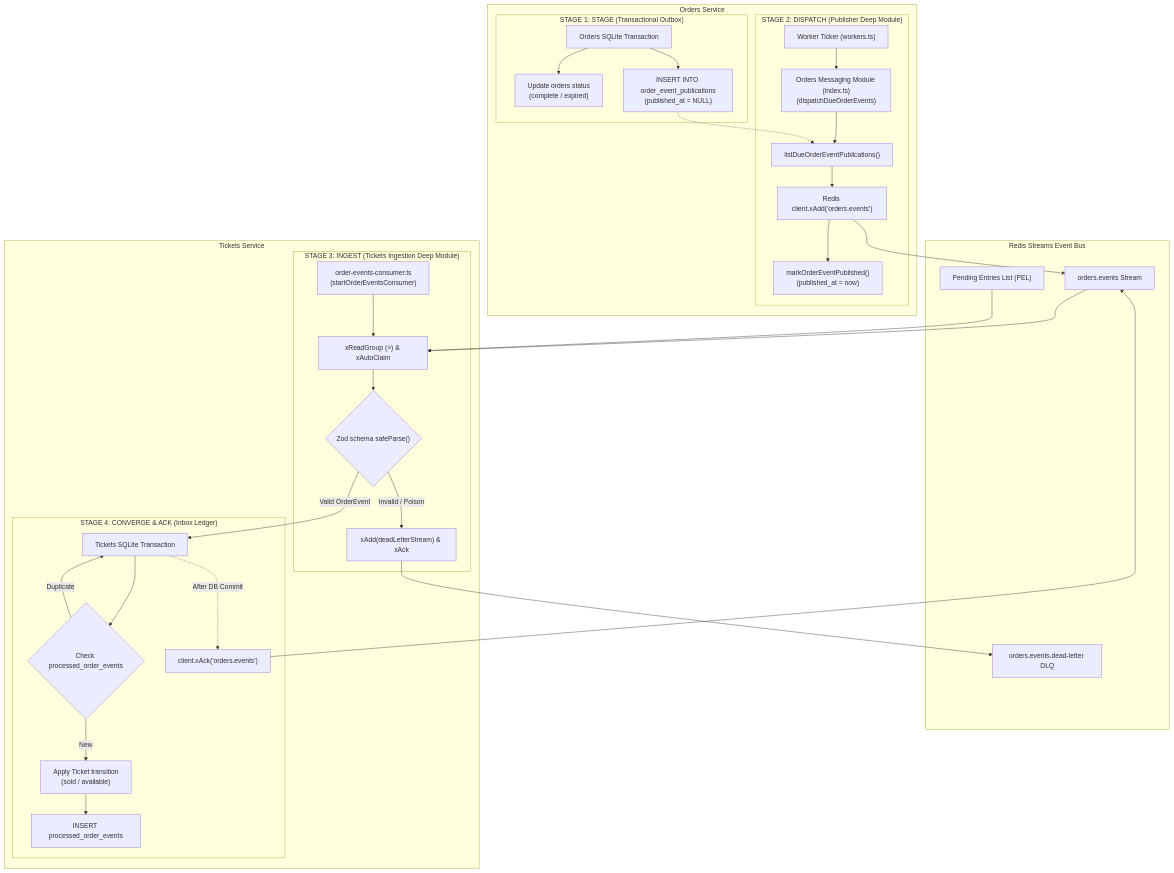
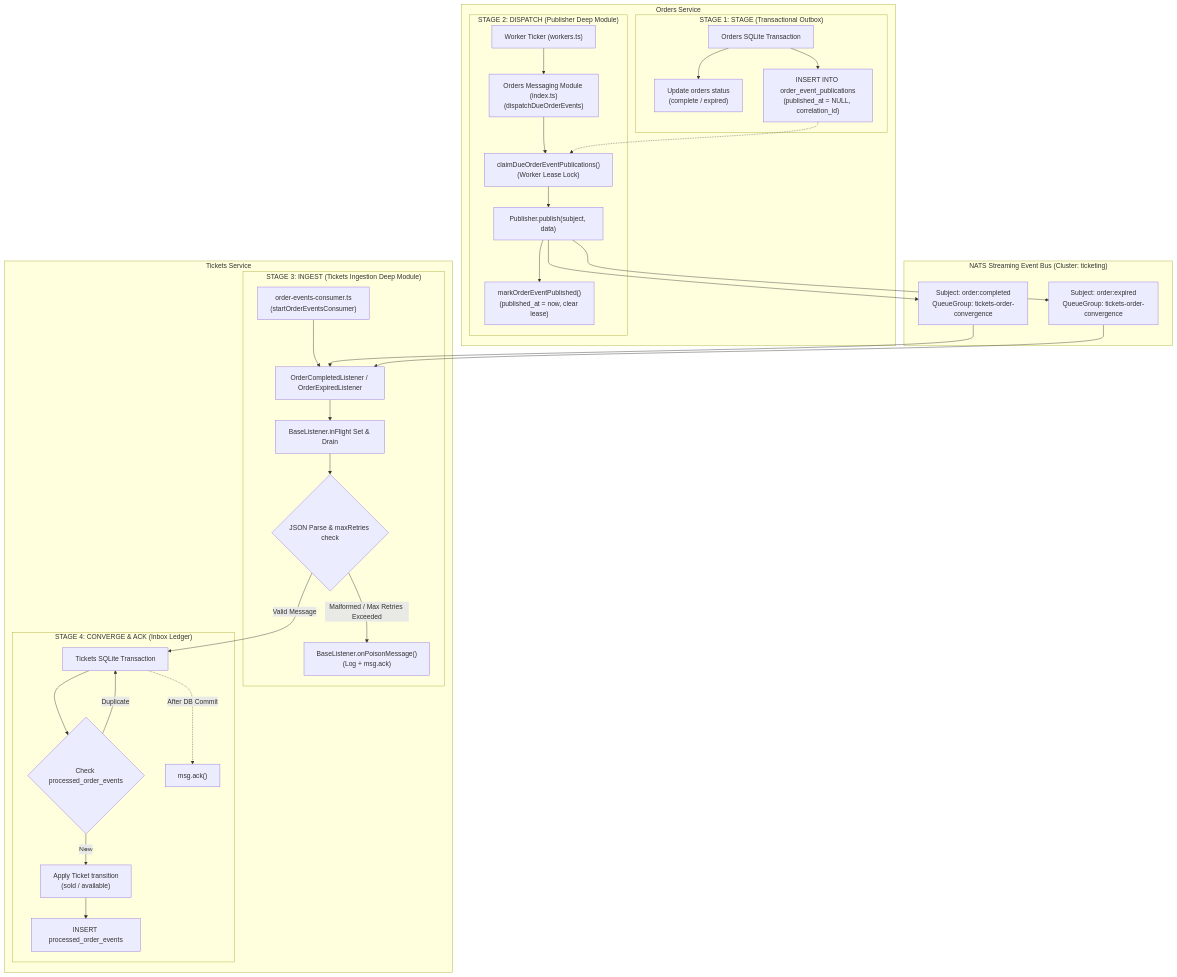
One commit to h19overflow/stubhub changed the diagram in docs/patterns/messaging-architecture.md. Above: the diagram before and after it, drawn with Mermaid. The commit also changed other lines of this file and 27 other files, not shown here.

Commit message:
feat(messaging): add outbox worker leasing, poison message handling, and concurrency drill

````diff
--- a/docs/patterns/messaging-architecture.md
+++ b/docs/patterns/messaging-architecture.md
@@ -29,64 +32,63 @@
 ```mermaid
 flowchart TD
     subgraph OrdersService["Orders Service"]
         subgraph Stage1["STAGE 1: STAGE (Transactional Outbox)"]
             TX["Orders SQLite Transaction"]
             StateChange["Update orders status<br/>(complete / expired)"]
-            InsertOutbox["INSERT INTO order_event_publications<br/>(published_at = NULL)"]
+            InsertOutbox["INSERT INTO order_event_publications<br/>(published_at = NULL, correlation_id)"]
             TX --> StateChange
             TX --> InsertOutbox
         end
 
         subgraph Stage2["STAGE 2: DISPATCH (Publisher Deep Module)"]
             WorkerLoop["Worker Ticker (workers.ts)"]
             MessagingModule["Orders Messaging Module (index.ts)<br/>(dispatchDueOrderEvents)"]
-            OutboxRepo["listDueOrderEventPublications()"]
-            XAdd["Redis client.xAdd('orders.events')"]
-            MarkPub["markOrderEventPublished()<br/>(published_at = now)"]
+            ClaimOutbox["claimDueOrderEventPublications()<br/>(Worker Lease Lock)"]
+            STANPub["Publisher.publish(subject, data)"]
+            MarkPub["markOrderEventPublished()<br/>(published_at = now, clear lease)"]
             WorkerLoop --> MessagingModule
-            MessagingModule --> OutboxRepo
-            OutboxRepo --> XAdd
-            XAdd --> MarkPub
+            MessagingModule --> ClaimOutbox
+            ClaimOutbox --> STANPub
+            STANPub --> MarkPub
         end
     end
 
-    subgraph RedisBroker["Redis Streams Event Bus"]
-        Stream["orders.events Stream"]
-        DLQ["orders.events.dead-letter DLQ"]
-        PEL["Pending Entries List (PEL)"]
+    subgraph NATSBroker["NATS Streaming Event Bus (Cluster: ticketing)"]
+        StreamCompleted["Subject: order:completed<br/>QueueGroup: tickets-order-convergence"]
+        StreamExpired["Subject: order:expired<br/>QueueGroup: tickets-order-convergence"]
     end
 
     subgraph TicketsService["Tickets Service"]
         subgraph Stage3["STAGE 3: INGEST (Tickets Ingestion Deep Module)"]
             ConsumerLoop["order-events-consumer.ts<br/>(startOrderEventsConsumer)"]
-            Read["xReadGroup (>) & xAutoClaim"]
-            Validate{"Zod schema safeParse()"}
-            Poison["xAdd(deadLetterStream) & xAck"]
-            ConsumerLoop --> Read
-            Read --> Validate
-            Validate -- "Invalid / Poison" --> Poison
+            ListenerSub["OrderCompletedListener / OrderExpiredListener"]
+            InFlightTrack["BaseListener.inFlight Set & Drain"]
+            Validate{"JSON Parse & maxRetries check"}
+            Poison["BaseListener.onPoisonMessage()<br/>(Log + msg.ack)"]
+            ConsumerLoop --> ListenerSub
+            ListenerSub --> InFlightTrack
+            InFlightTrack --> Validate
+            Validate -- "Malformed / Max Retries Exceeded" --> Poison
         end
 
         subgraph Stage4["STAGE 4: CONVERGE & ACK (Inbox Ledger)"]
             TicketsTX["Tickets SQLite Transaction"]
             CheckLedger{"Check processed_order_events"}
             Converge["Apply Ticket transition<br/>(sold / available)"]
             RecordLedger["INSERT processed_order_events"]
-            XAck["client.xAck('orders.events')"]
+            StanAck["msg.ack()"]
 
-            Validate -- "Valid OrderEvent" --> TicketsTX
+            Validate -- "Valid Message" --> TicketsTX
             TicketsTX --> CheckLedger
             CheckLedger -- "New" --> Converge
             CheckLedger -- "Duplicate" --> TicketsTX
             Converge --> RecordLedger
-            TicketsTX -.->|"After DB Commit"| XAck
+            TicketsTX -.->|"After DB Commit"| StanAck
         end
     end
 
-    InsertOutbox -.-> OutboxRepo
-    XAdd --> Stream
-    Poison --> DLQ
-    Stream --> Read
-    PEL --> Read
-    XAck --> Stream
+    InsertOutbox -.-> ClaimOutbox
+    STANPub --> StreamCompleted & StreamExpired
+    StreamCompleted --> ListenerSub
+    StreamExpired --> ListenerSub
 ```
````
